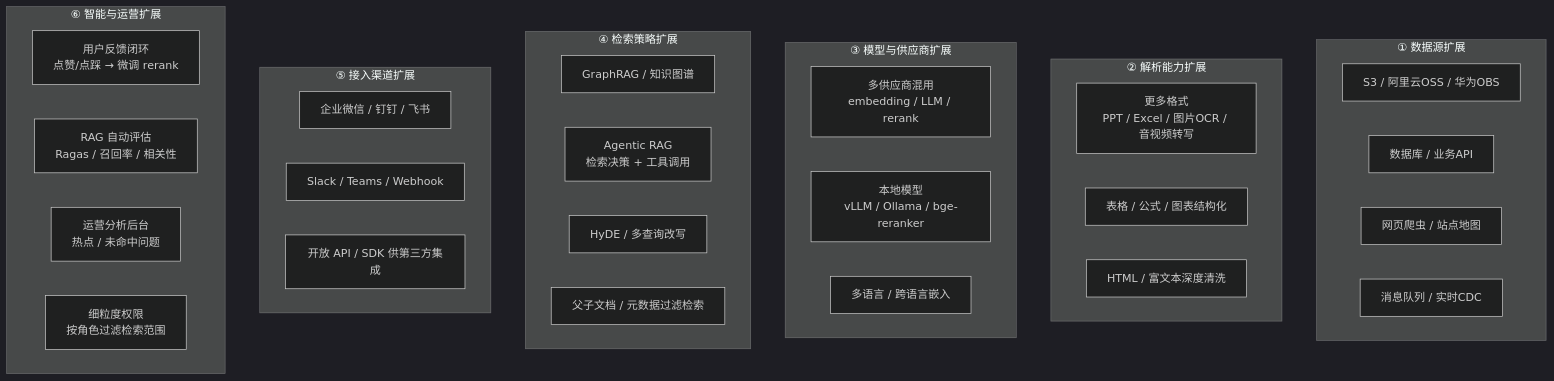
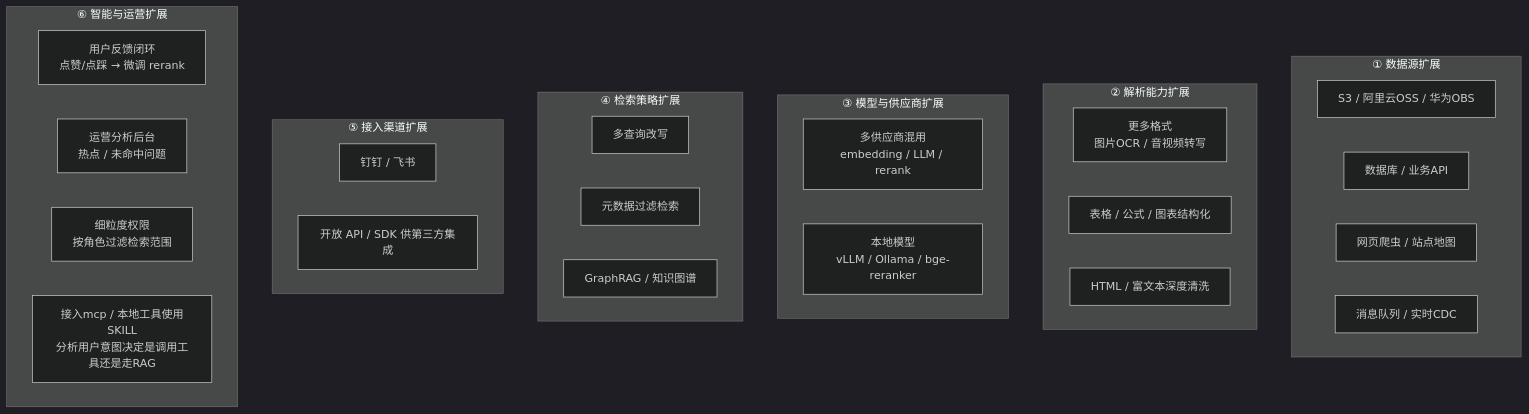
One commit to sxlxzbb/mildoc_llamaindex changed the fifth of 5 diagrams in README.md. Above: the diagram before and after it, drawn with Mermaid (dark theme). The commit also changed other lines of this file and 1 other file, not shown here.

````diff
--- a/README.md
+++ b/README.md
@@ -292,41 +293,38 @@
 ```mermaid
 flowchart TB
     subgraph 数据源扩展["① 数据源扩展"]
         S1[S3 / 阿里云OSS / 华为OBS]
         S2[数据库 / 业务API]
         S3[网页爬虫 / 站点地图]
         S4[消息队列 / 实时CDC]
     end
 
     subgraph 解析扩展["② 解析能力扩展"]
-        P1[更多格式<br/>PPT / Excel / 图片OCR / 音视频转写]
+        P1[更多格式<br/> 图片OCR / 音视频转写]
         P2[表格 / 公式 / 图表结构化]
         P3[HTML / 富文本深度清洗]
     end
 
     subgraph 模型扩展["③ 模型与供应商扩展"]
         M1[多供应商混用<br/>embedding / LLM / rerank]
         M2[本地模型<br/>vLLM / Ollama / bge-reranker]
-        M3[多语言 / 跨语言嵌入]
     end
 
     subgraph 检索扩展["④ 检索策略扩展"]
-        R1[GraphRAG / 知识图谱]
-        R2[Agentic RAG<br/>检索决策 + 工具调用]
-        R3[HyDE / 多查询改写]
-        R4[父子文档 / 元数据过滤检索]
+        R1[多查询改写]
+        R2[元数据过滤检索]
+        R3[GraphRAG / 知识图谱]
     end
 
     subgraph 通道扩展["⑤ 接入渠道扩展"]
-        C1[企业微信 / 钉钉 / 飞书]
-        C2[Slack / Teams / Webhook]
-        C3[开放 API / SDK 供第三方集成]
+        C1[钉钉 / 飞书]
+        C2[开放 API / SDK 供第三方集成]
     end
 
     subgraph 智能扩展["⑥ 智能与运营扩展"]
         E1[用户反馈闭环<br/>点赞/点踩 → 微调 rerank]
-        E2[RAG 自动评估<br/>Ragas / 召回率 / 相关性]
-        E3[运营分析后台<br/>热点 / 未命中问题]
-        E4[细粒度权限<br/>按角色过滤检索范围]
+        E2[运营分析后台<br/>热点 / 未命中问题]
+        E3[细粒度权限<br/>按角色过滤检索范围]
+        E4[接入mcp / 本地工具使用SKILL</br>分析用户意图决定是调用工具还是走RAG]
     end
 ```
````
